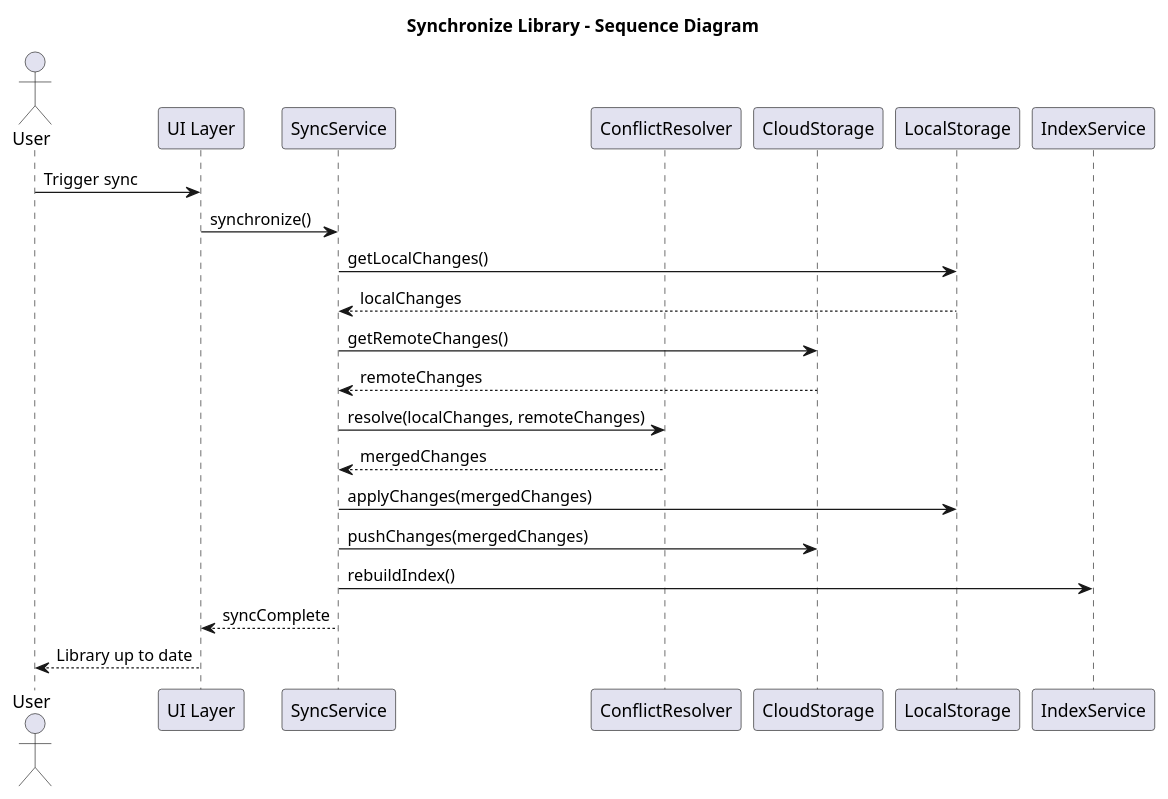
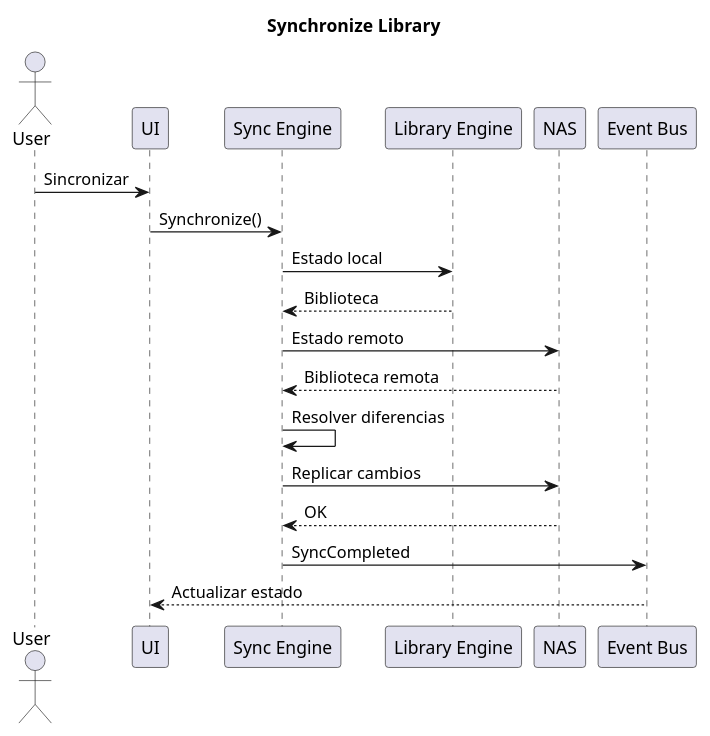
One commit to Sebailla/KnowledgeOS changed the diagram in V-1/00-Architecture/UML/Sequence/SynchronizeLibrary.puml. Above: the diagram before and after it, drawn with PlantUML. The commit also changed 15 other files, not shown here.

Commit message:
feat(documentation): Update sequence diagrams and add detailed markdown descriptions for document operations

```diff
--- a/V-1/00-Architecture/UML/Sequence/SynchronizeLibrary.puml
+++ b/V-1/00-Architecture/UML/Sequence/SynchronizeLibrary.puml
@@ -1,26 +1,39 @@
 @startuml SynchronizeLibrary
-title Synchronize Library - Sequence Diagram
+
+title Synchronize Library
 
 actor User
-participant "UI Layer" as UI
-participant "SyncService" as Sync
-participant "ConflictResolver" as CR
-participant "CloudStorage" as Cloud
-participant "LocalStorage" as Local
-participant "IndexService" as Index
 
-User -> UI : Trigger sync
-UI -> Sync : synchronize()
-Sync -> Local : getLocalChanges()
-Local --> Sync : localChanges
-Sync -> Cloud : getRemoteChanges()
-Cloud --> Sync : remoteChanges
-Sync -> CR : resolve(localChanges, remoteChanges)
-CR --> Sync : mergedChanges
-Sync -> Local : applyChanges(mergedChanges)
-Sync -> Cloud : pushChanges(mergedChanges)
-Sync -> Index : rebuildIndex()
-Sync --> UI : syncComplete
-UI --> User : Library up to date
+participant UI
+
+participant "Sync Engine" as Sync
+
+participant "Library Engine" as Library
+
+participant NAS
+
+participant "Event Bus" as Events
+
+User -> UI : Sincronizar
+
+UI -> Sync : Synchronize()
+
+Sync -> Library : Estado local
+
+Library --> Sync : Biblioteca
+
+Sync -> NAS : Estado remoto
+
+NAS --> Sync : Biblioteca remota
+
+Sync -> Sync : Resolver diferencias
+
+Sync -> NAS : Replicar cambios
+
+NAS --> Sync : OK
+
+Sync -> Events : SyncCompleted
+
+Events --> UI : Actualizar estado
 
 @enduml
```
